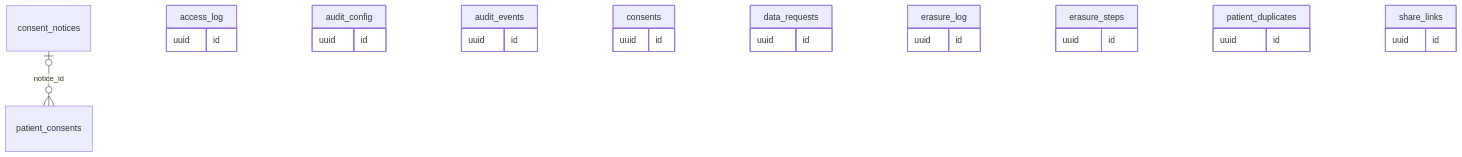
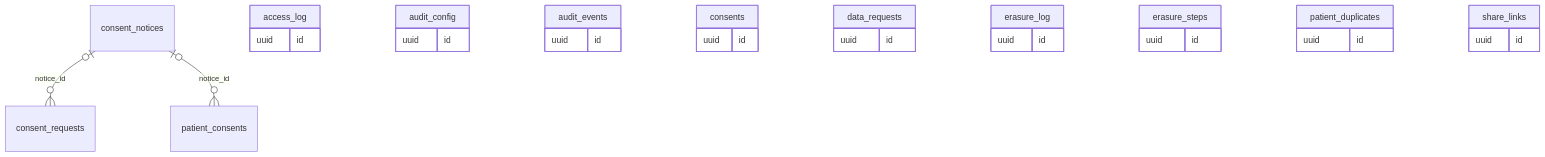
Diagram 12 of 13 in docs/database.md (sakalyatechnologies/aarogyam), drawn with Mermaid before and after one commit. The commit also changed other lines of this file and 74 other files, not shown here.

````diff
--- a/docs/database.md
+++ b/docs/database.md
@@ -2876,31 +2908,32 @@
 ```mermaid
 erDiagram
+  consent_notices |o--o{ consent_requests : "notice_id"
   consent_notices |o--o{ patient_consents : "notice_id"
   access_log {
     uuid id
   }
   audit_config {
     uuid id
   }
   audit_events {
     uuid id
   }
   consents {
     uuid id
   }
   data_requests {
     uuid id
   }
   erasure_log {
     uuid id
   }
   erasure_steps {
     uuid id
   }
   patient_duplicates {
     uuid id
   }
   share_links {
     uuid id
   }
 ```
````
